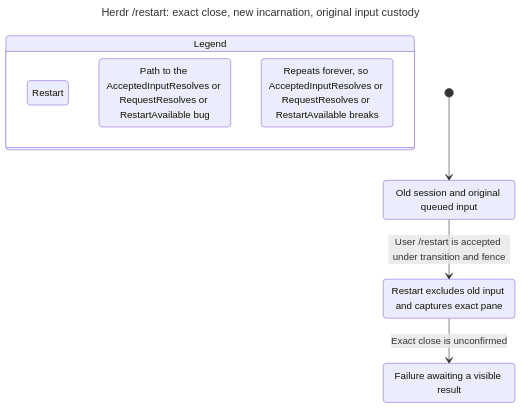
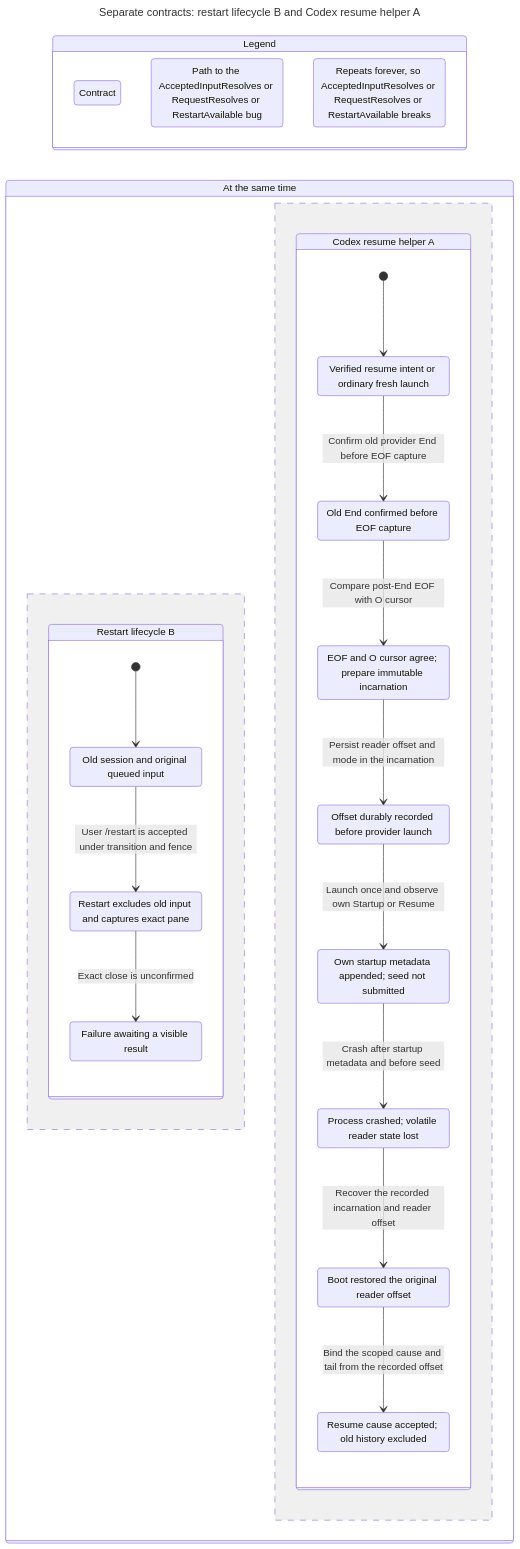
Before and after one commit to itismyfield/AgentDesk: the diagram in docs/statecharts/session-lifecycle/herdr-restart-NoNotice.chart.mmd, drawn with Mermaid. The commit also changed 185 other files, not shown here.

First line of the commit message:
feat: preserve explicit Codex Herdr resume boundaries

```diff
--- a/docs/statecharts/session-lifecycle/herdr-restart-NoNotice.chart.mmd
+++ b/docs/statecharts/session-lifecycle/herdr-restart-NoNotice.chart.mmd
@@ -1,24 +1,65 @@
 ---
-title: "Herdr /restart: exact close, new incarnation, original input custody"
+title: "Separate contracts: restart lifecycle B and Codex resume helper A"
 ---
 stateDiagram-v2
+  direction LR
   state "Legend" as legend {
-    lg0: Restart
+    lg0: Contract
     lg1: Path to the AcceptedInputResolves or RequestResolves or RestartAvailable bug
     lg2: Repeats forever, so AcceptedInputResolves or RequestResolves or RestartAvailable breaks
   }
   class lg0 blue
   class lg1 bugPath
   class lg2 repeats
-  s0: Old session and original queued input
-  s1: Restart excludes old input and captures exact pane
-  s2: Failure awaiting a visible result
-  [*] --> s0
-  s0 --> s1: User /restart is accepted under transition and fence
-  s1 --> s2: Exact close is unconfirmed
+  state "At the same time" as all {
+    state "Restart lifecycle B" as r0 {
+      s0: Old session and original queued input
+      s1: Restart excludes old input and captures exact pane
+      s2: Failure awaiting a visible result
+      [*] --> s0
+      s0 --> s1: User /restart is accepted under transition and fence
+      s1 --> s2: Exact close is unconfirmed
+    }
+    --
+    state "Codex resume helper A" as r1 {
+      s3: Verified resume intent or ordinary fresh launch
+      s4: Old End confirmed before EOF capture
+      s5: EOF and O cursor agree#59; prepare immutable incarnation
+      s6: Offset durably recorded before provider launch
+      s7: Own startup metadata appended#59; seed not submitted
+      s8: Process crashed#59; volatile reader state lost
+      s9: Boot restored the original reader offset
+      s10: Resume cause accepted#59; old history excluded
+      [*] --> s3
+      s3 --> s4: Confirm old provider End before EOF capture
+      s4 --> s5: Compare post-End EOF with O cursor
+      s5 --> s6: Persist reader offset and mode in the incarnation
+      s6 --> s7: Launch once and observe own Startup or Resume
+      s7 --> s8: Crash after startup metadata and before seed
+      s8 --> s9: Recover the recorded incarnation and reader offset
+      s9 --> s10: Bind the scoped cause and tail from the recorded offset
+    }
+  }
   class s0 blue
   class s0 bugPath
   class s1 blue
   class s1 bugPath
   class s2 blue
+  class s2 bugPath
   class s2 repeats
+  class s3 blue
+  class s3 bugPath
+  class s4 blue
+  class s4 bugPath
+  class s5 blue
+  class s5 bugPath
+  class s6 blue
+  class s6 bugPath
+  class s7 blue
+  class s7 bugPath
+  class s8 blue
+  class s8 bugPath
+  class s9 blue
+  class s9 bugPath
+  class s10 blue
+  class s10 repeats
```
